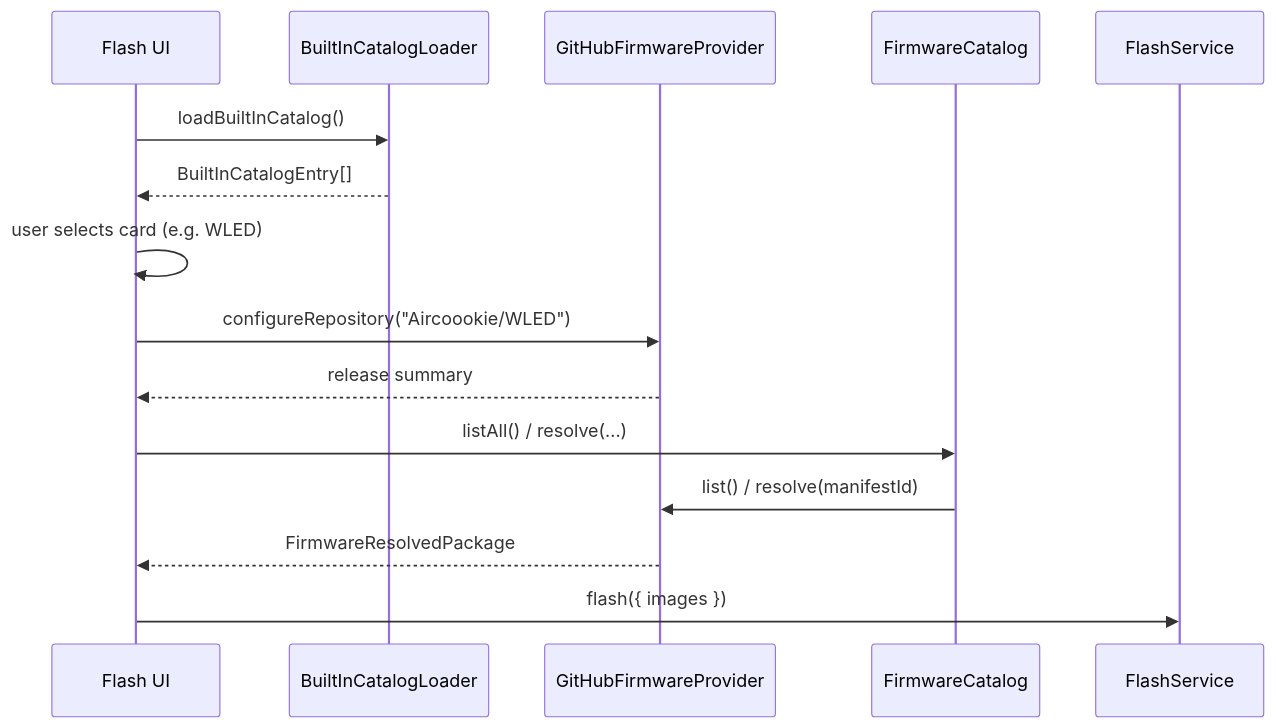
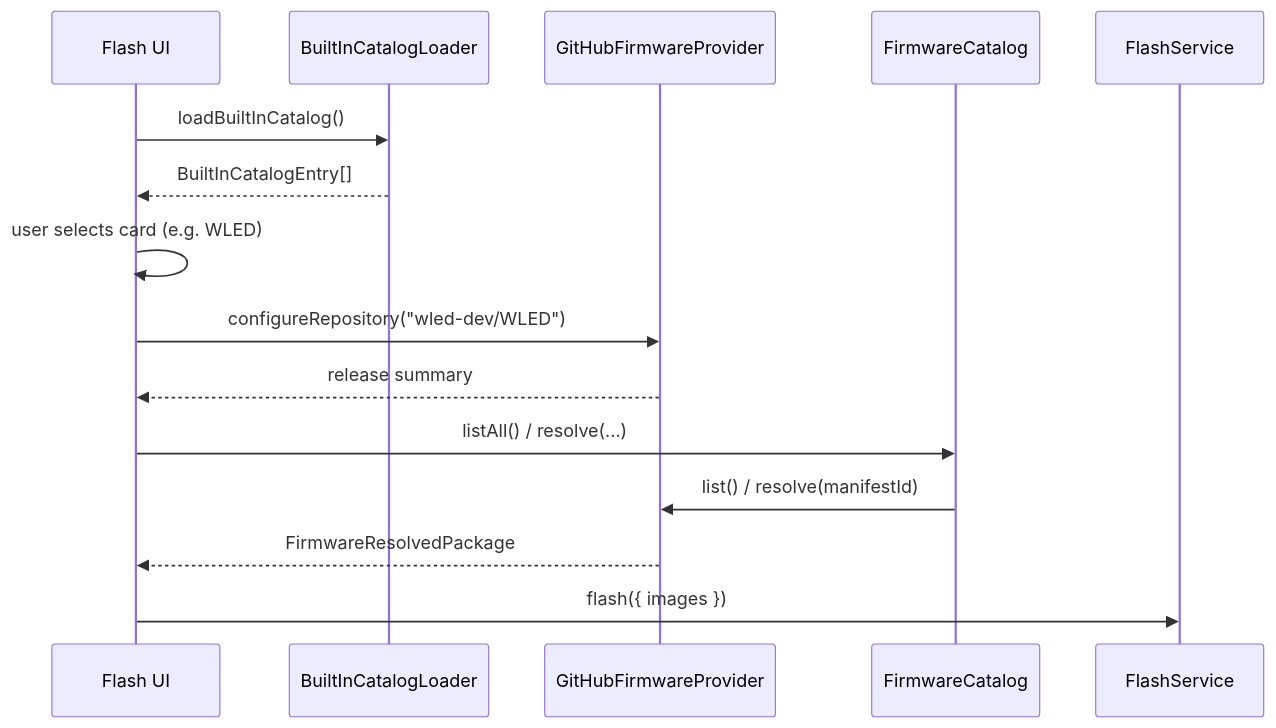
One commit to Futuretunes/esp-studio changed the diagram in docs/features/built-in-firmware-catalog.md. Above: the diagram before and after it, drawn with Mermaid. The commit also changed other lines of this file and 22 other files, not shown here.

````diff
--- a/docs/features/built-in-firmware-catalog.md
+++ b/docs/features/built-in-firmware-catalog.md
@@ -42,18 +42,18 @@
 ```mermaid
 sequenceDiagram
   participant UI as Flash UI
   participant Builtin as BuiltInCatalogLoader
   participant GH as GitHubFirmwareProvider
   participant Cat as FirmwareCatalog
   participant Svc as FlashService
 
   UI->>Builtin: loadBuiltInCatalog()
   Builtin-->>UI: BuiltInCatalogEntry[]
   UI->>UI: user selects card (e.g. WLED)
-  UI->>GH: configureRepository("Aircoookie/WLED")
+  UI->>GH: configureRepository("wled-dev/WLED")
   GH-->>UI: release summary
   UI->>Cat: listAll() / resolve(...)
   Cat->>GH: list() / resolve(manifestId)
   GH-->>UI: FirmwareResolvedPackage
   UI->>Svc: flash({ images })
 ```
````
